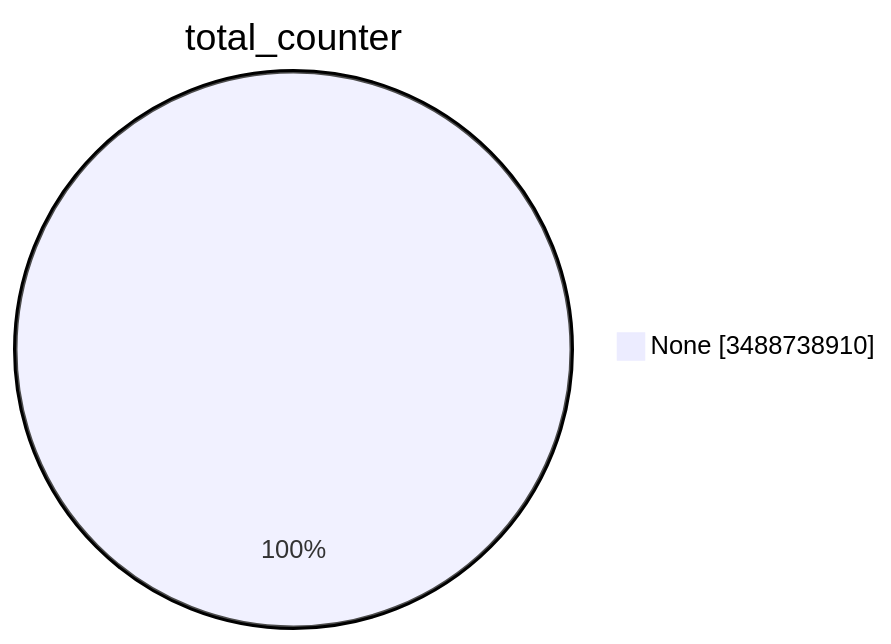
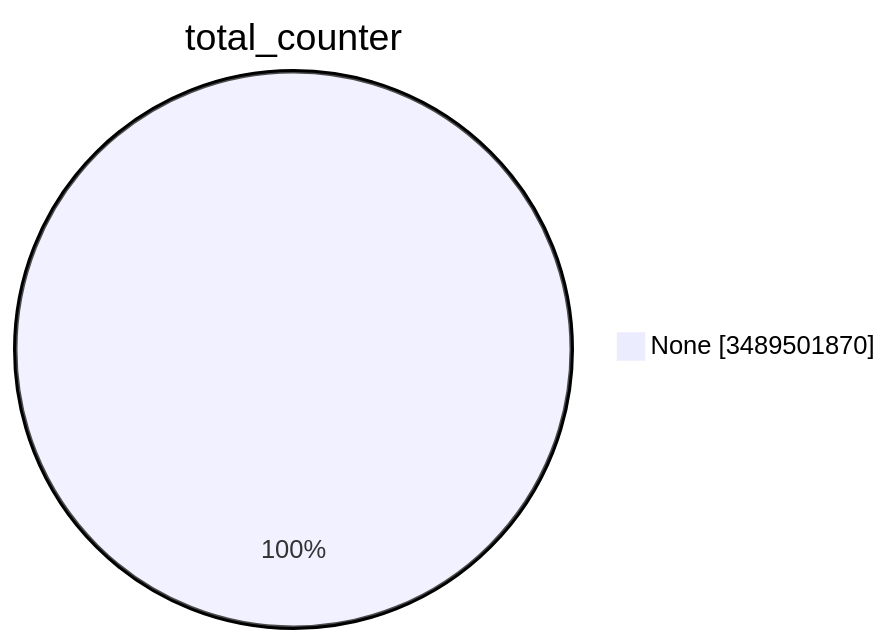
One commit to christiankrug/ctmonitor_visualization changed the first of 15 diagrams in TOTAL/README.md. Above: the diagram before and after it, drawn with Mermaid. The commit also changed other lines of this file, not shown here.

````diff
--- a/TOTAL/README.md
+++ b/TOTAL/README.md
@@ -1,5 +1,5 @@
 ```mermaid
 pie showData
 title total_counter
-"None" :3488738910
+"None" :3489501870
 ```
````
